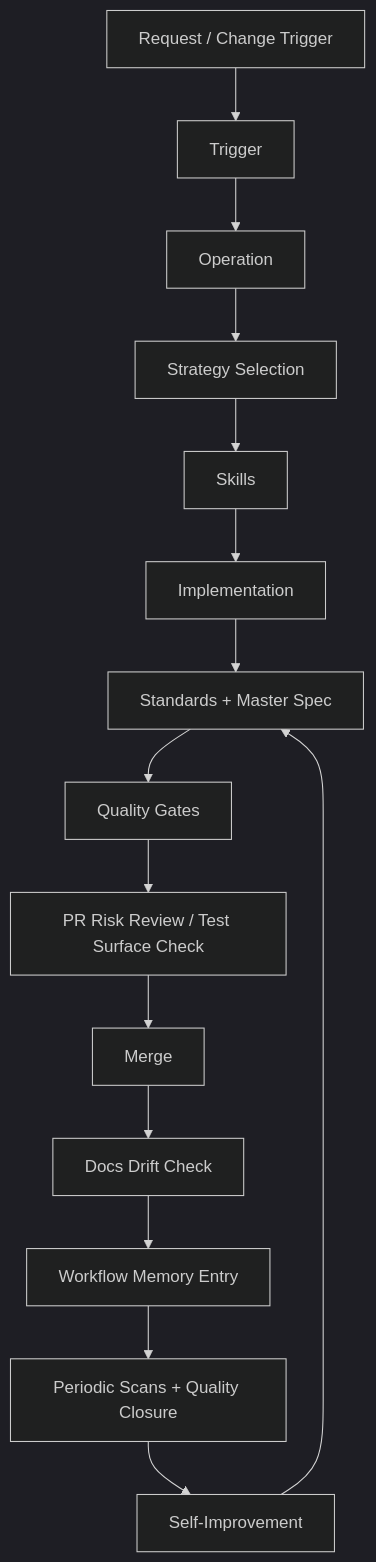
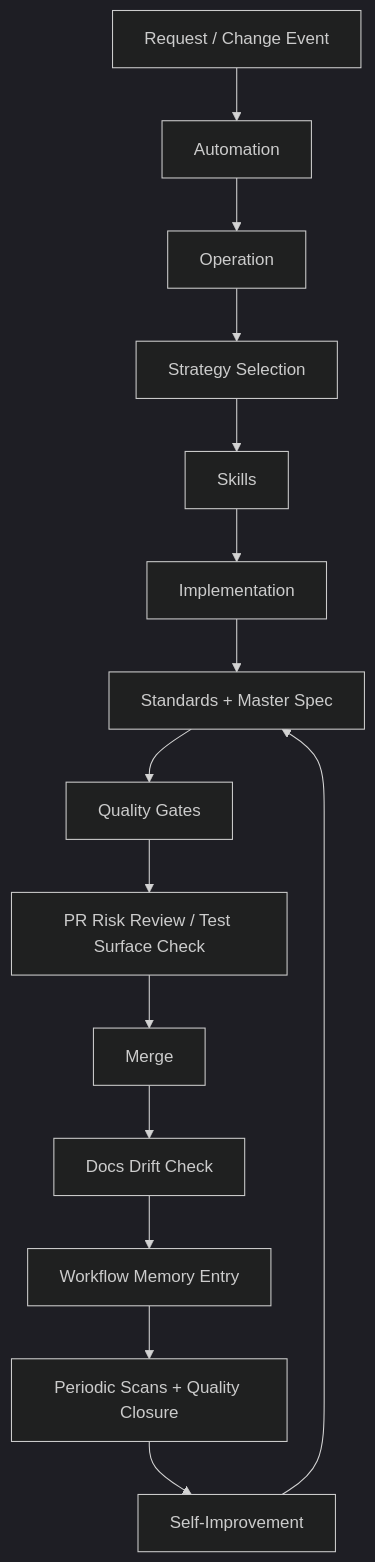
Before and after one commit to brandonbryant12/content-studio: the diagram in software-factory/framework-map.md, drawn with Mermaid (dark theme). The commit also changed other lines of this file and 46 other files, not shown here.

````diff
--- a/software-factory/framework-map.md
+++ b/software-factory/framework-map.md
@@ -35,17 +35,17 @@
 ```mermaid
 flowchart TD
-  R[Request / Change Trigger] --> T[Trigger]
+  R[Request / Change Event] --> T[Automation]
   T --> O[Operation]
   O --> S0[Strategy Selection]
   S0 --> SK[Skills]
   SK --> I[Implementation]
   I --> S[Standards + Master Spec]
   S --> G[Quality Gates]
   G --> P[PR Risk Review / Test Surface Check]
   P --> M[Merge]
   M --> D[Docs Drift Check]
   D --> W[Workflow Memory Entry]
   W --> Q[Periodic Scans + Quality Closure]
   Q --> SI[Self-Improvement]
   SI --> S
 ```
````
